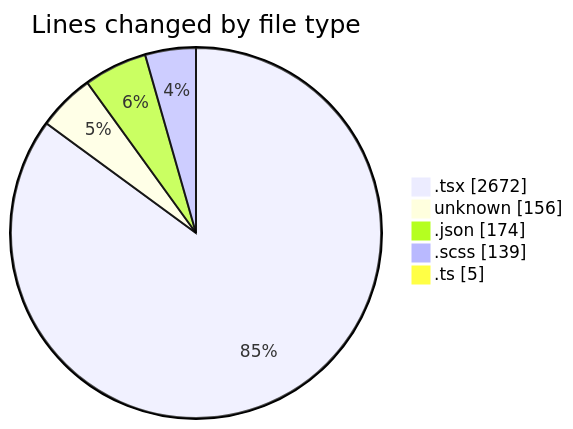
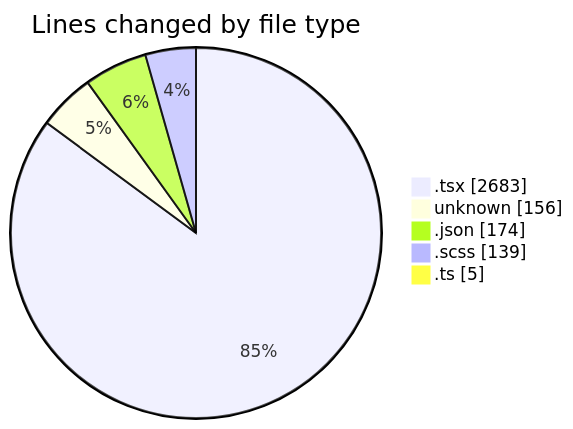
One commit to momahboobian/code-tracking changed the first of 2 diagrams in 2026-09-28/cda/README.md. Above: the diagram before and after it, drawn with Mermaid. The commit also changed other lines of this file and 1 other file, not shown here.

````diff
--- a/2026-09-28/cda/README.md
+++ b/2026-09-28/cda/README.md
@@ -34,9 +34,9 @@
 ```mermaid
 pie showData
 title Lines changed by file type
-".tsx" : 2672
+".tsx" : 2683
 "unknown" : 156
 ".json" : 174
 ".scss" : 139
 ".ts" : 5
 ```
````
